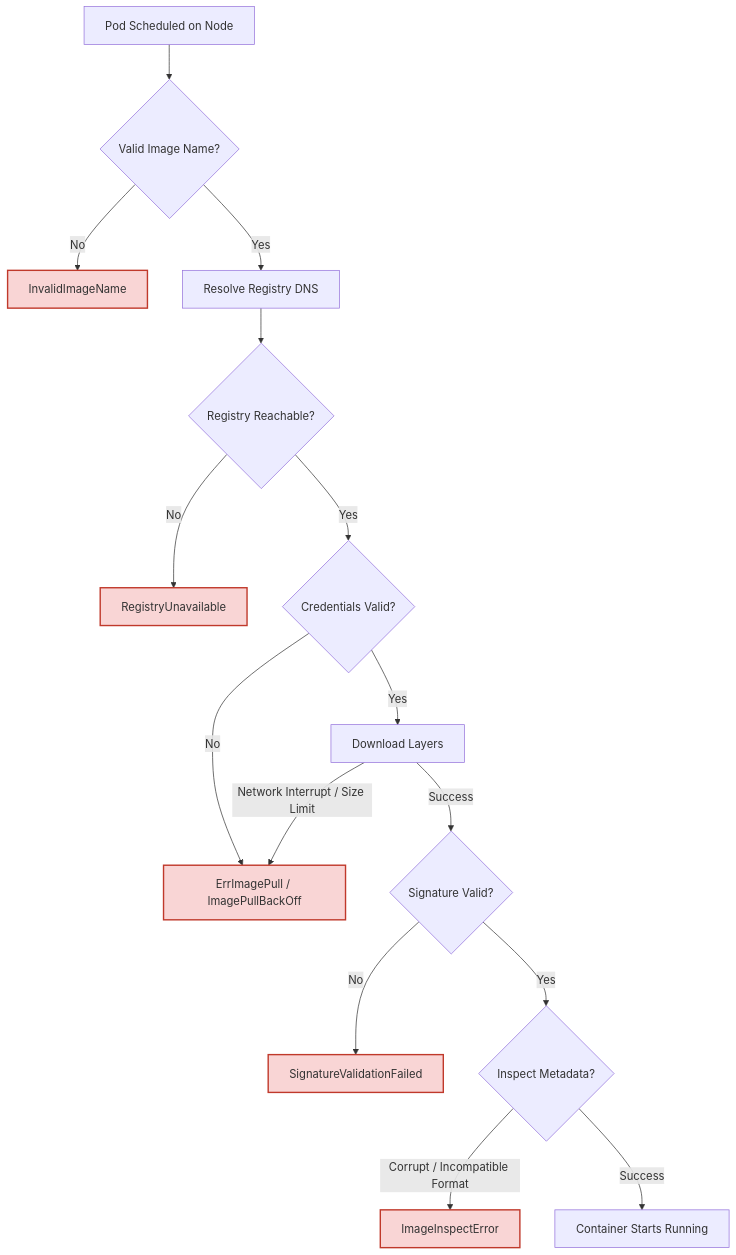
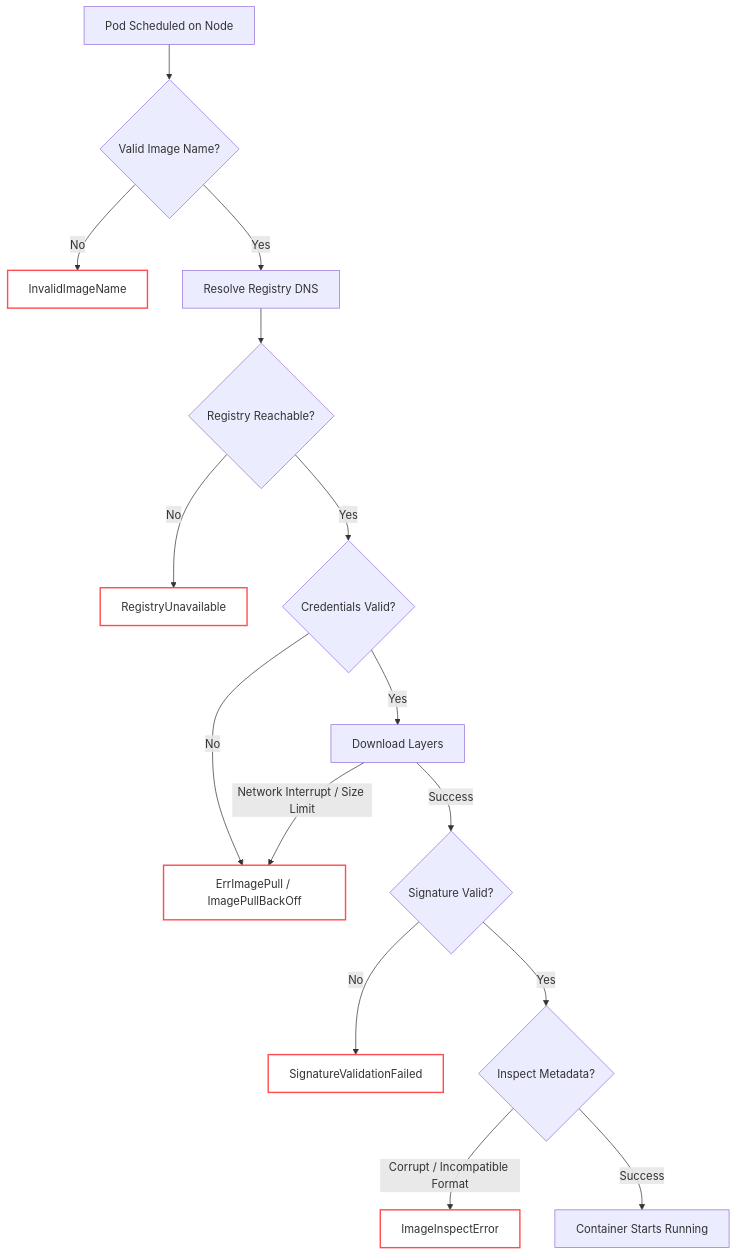
Before and after one commit to Rohit1024/kubernetes: the diagram in docs/cheatsheet/image-pull-debugging-cheat-sheet.md, drawn with Mermaid. The commit also changed 1 other file, not shown here.

Commit message:
style: update Mermaid diagram node colors for improved visual consistency

````diff
--- a/docs/cheatsheet/image-pull-debugging-cheat-sheet.md
+++ b/docs/cheatsheet/image-pull-debugging-cheat-sheet.md
@@ -11,25 +11,25 @@
 ```mermaid
 graph TD
     Start[Pod Scheduled on Node] --> ValName{Valid Image Name?}
     ValName -->|No| ErrInvalid[InvalidImageName]
     ValName -->|Yes| DNS[Resolve Registry DNS]
     
     DNS --> Conn{Registry Reachable?}
     Conn -->|No| ErrReg[RegistryUnavailable]
     Conn -->|Yes| Auth{Credentials Valid?}
     
     Auth -->|No| ErrPull[ErrImagePull / ImagePullBackOff]
     Auth -->|Yes| Pull[Download Layers]
     
     Pull -->|Network Interrupt / Size Limit| ErrPull
     Pull -->|Success| Verify{Signature Valid?}
     
     Verify -->|No| ErrSig[SignatureValidationFailed]
     Verify -->|Yes| Inspect{Inspect Metadata?}
     
     Inspect -->|Corrupt / Incompatible Format| ErrInspect[ImageInspectError]
     Inspect -->|Success| Run[Container Starts Running]
 
-    classDef error fill:#f9d5d5,stroke:#c0392b,stroke-width:2px;
+    classDef error fill:none,stroke:#ff4d4f,stroke-width:2px;
     class ErrInvalid,ErrReg,ErrPull,ErrSig,ErrInspect error;
 ```
````
